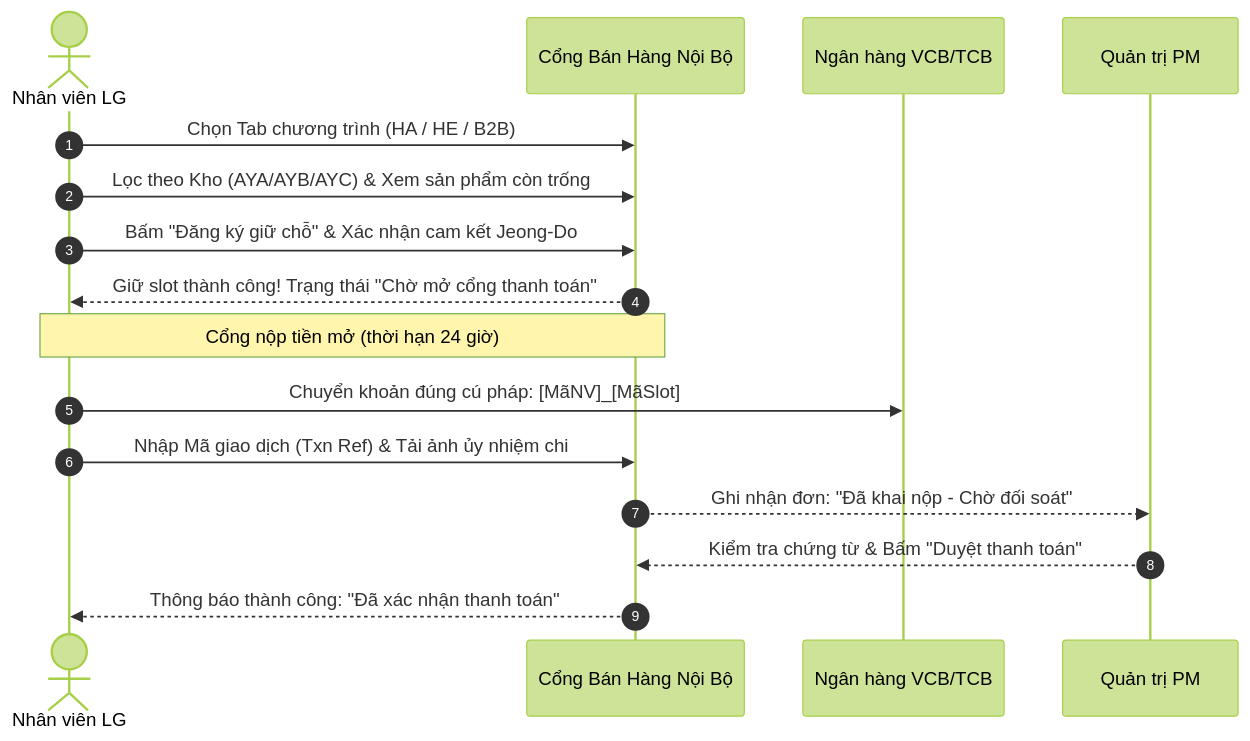
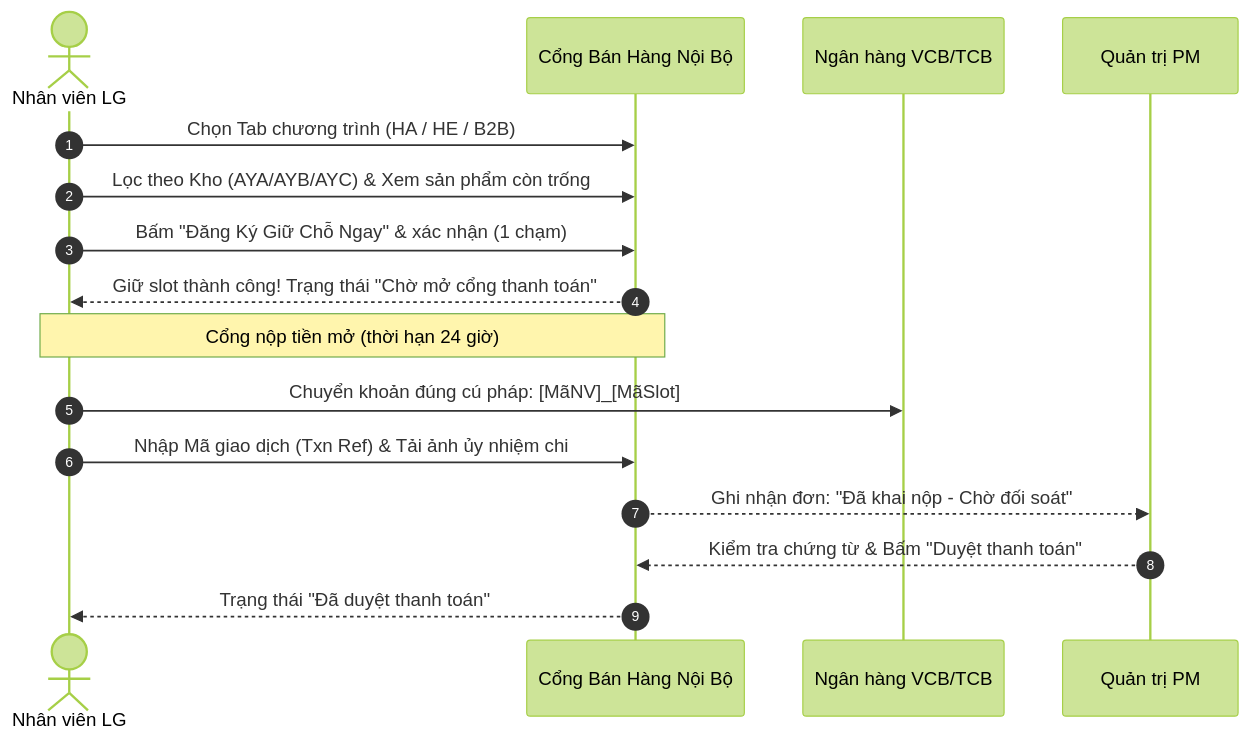
The second of 3 diagrams in docs/02-user-and-pm-guide/PM_AND_USER_OPERATIONAL_GUIDE.md (ai-coreteam/ai-coreteam.github.io), drawn with Mermaid (forest theme) before and after one commit. The commit also changed other lines of this file and 31 other files, not shown here.

````diff
--- a/docs/02-user-and-pm-guide/PM_AND_USER_OPERATIONAL_GUIDE.md
+++ b/docs/02-user-and-pm-guide/PM_AND_USER_OPERATIONAL_GUIDE.md
@@ -46,19 +46,19 @@
 ```mermaid
 sequenceDiagram
     autonumber
     actor NV as Nhân viên LG
     participant Web as Cổng Bán Hàng Nội Bộ
     participant Bank as Ngân hàng VCB/TCB
     participant PM as Quản trị PM
 
     NV->>Web: Chọn Tab chương trình (HA / HE / B2B)
     NV->>Web: Lọc theo Kho (AYA/AYB/AYC) & Xem sản phẩm còn trống
-    NV->>Web: Bấm "Đăng ký giữ chỗ" & Xác nhận cam kết Jeong-Do
+    NV->>Web: Bấm "Đăng Ký Giữ Chỗ Ngay" & xác nhận (1 chạm)
     Web-->>NV: Giữ slot thành công! Trạng thái "Chờ mở cổng thanh toán"
     Note over NV,Web: Cổng nộp tiền mở (thời hạn 24 giờ)
     NV->>Bank: Chuyển khoản đúng cú pháp: [MãNV]_[MãSlot]
     NV->>Web: Nhập Mã giao dịch (Txn Ref) & Tải ảnh ủy nhiệm chi
     Web-->>PM: Ghi nhận đơn: "Đã khai nộp - Chờ đối soát"
     PM-->>Web: Kiểm tra chứng từ & Bấm "Duyệt thanh toán"
-    Web-->>NV: Thông báo thành công: "Đã xác nhận thanh toán"
+    Web-->>NV: Trạng thái "Đã duyệt thanh toán"
 ```
````
